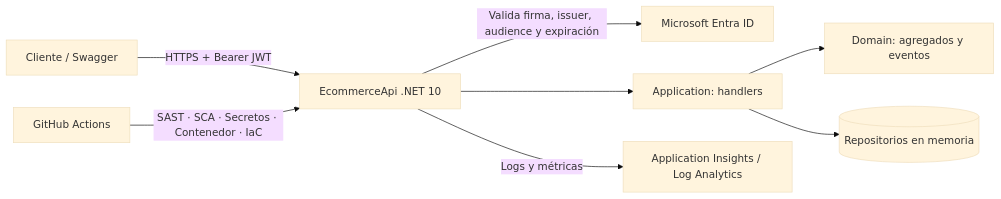
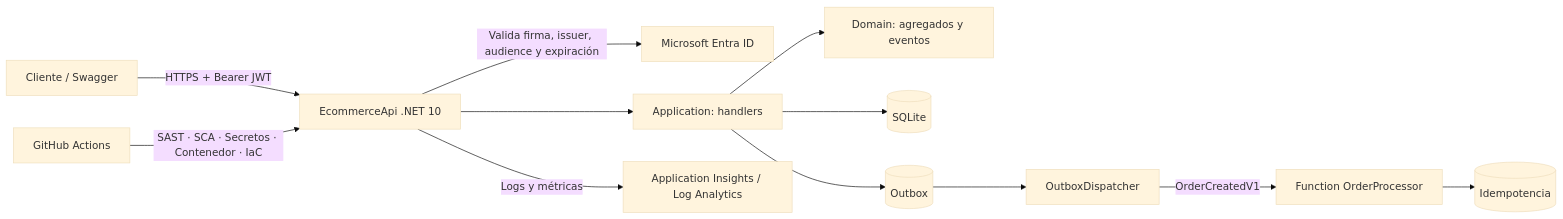
The diagram in README.md (lanuzalorenzo/lab-api-local-azure), drawn with Mermaid (base theme) before and after one commit. The commit also changed other lines of this file and 8 other files, not shown here.

````diff
--- a/README.md
+++ b/README.md
@@ -36,10 +40,14 @@
 ```mermaid
 flowchart LR
     C[Cliente / Swagger] -->|HTTPS + Bearer JWT| API[EcommerceApi .NET 10]
     API -->|Valida firma, issuer, audience y expiración| ENTRA[Microsoft Entra ID]
     API --> APP[Application: handlers]
     APP --> DOM[Domain: agregados y eventos]
-    APP --> REPO[(Repositorios en memoria)]
+    APP --> DB[(SQLite)]
+    APP --> OUT[(Outbox)]
+    OUT --> DISP[OutboxDispatcher]
+    DISP -->|OrderCreatedV1| FN[Function OrderProcessor]
+    FN --> IDEM[(Idempotencia)]
     API -->|Logs y métricas| OBS[Application Insights / Log Analytics]
     CI[GitHub Actions] -->|SAST · SCA · Secretos · Contenedor · IaC| API
 ```
````
